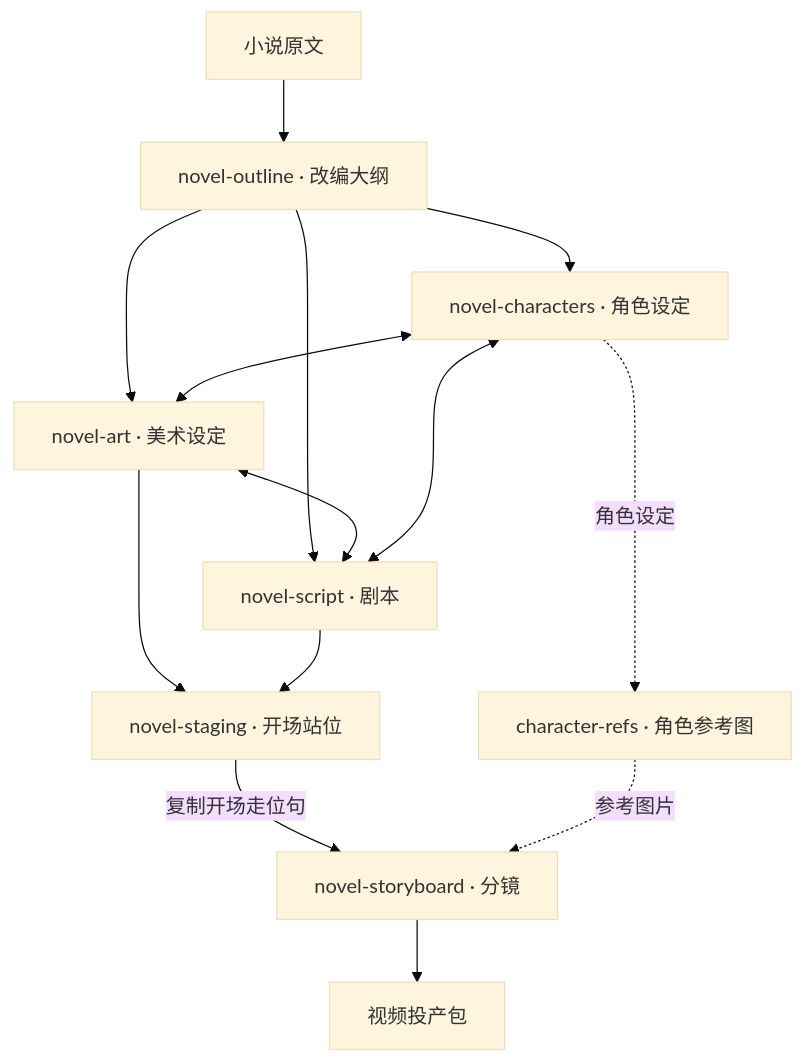
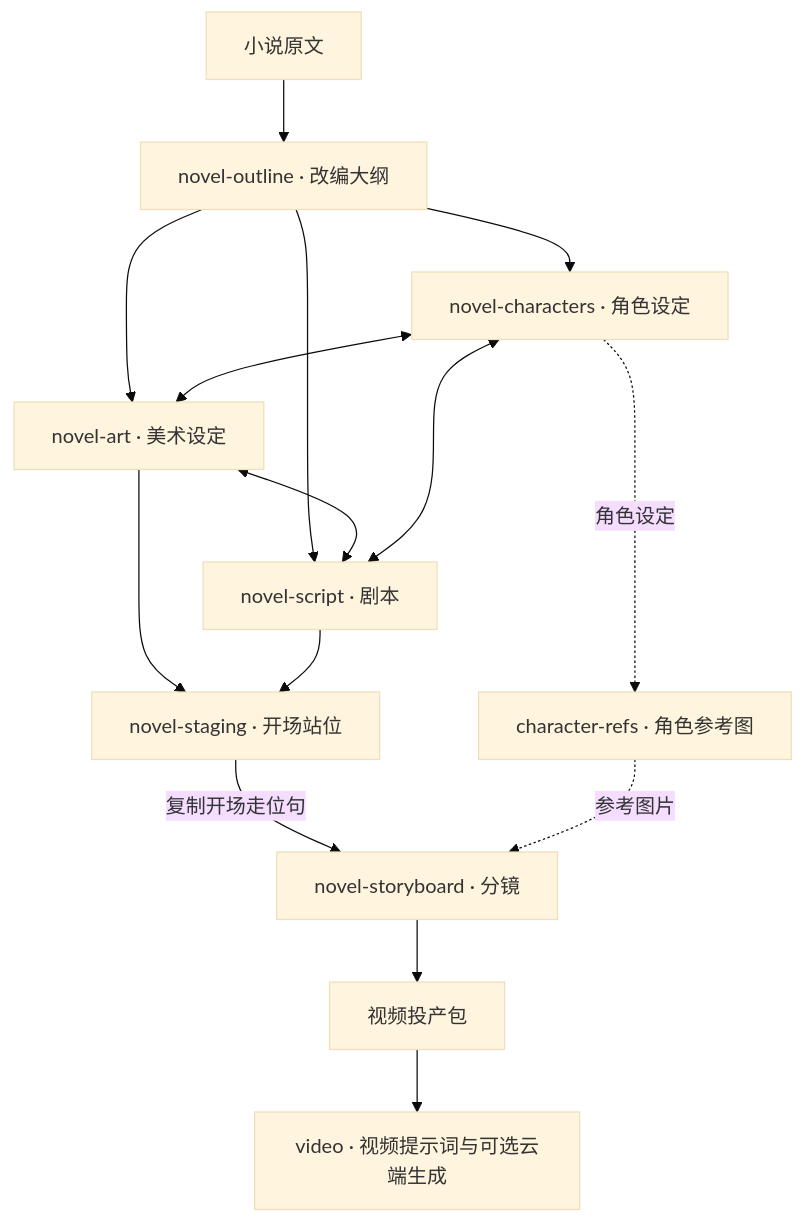
The diagram in README.zh.md (andnls100/shuohao-python-agen), drawn with Mermaid (base theme) before and after one commit. The commit also changed other lines of this file, not shown here.

Commit message:
Document video stage in Chinese README

````diff
--- a/README.zh.md
+++ b/README.zh.md
@@ -10,16 +10,17 @@
 ```mermaid
 flowchart TD
     novel[小说原文] --> outline[novel-outline · 改编大纲]
     outline --> characters[novel-characters · 角色设定]
     outline --> art[novel-art · 美术设定]
     outline --> script[novel-script · 剧本]
     characters <--> art
     art <--> script
     script <--> characters
     characters -. 角色设定 .-> refs[character-refs · 角色参考图]
     art --> staging[novel-staging · 开场站位]
     script --> staging
     staging -->|复制开场走位句| storyboard[novel-storyboard · 分镜]
     refs -. 参考图片 .-> storyboard
     storyboard --> production[视频投产包]
+    production --> video[video · 视频提示词与可选云端生成]
 ```
````
